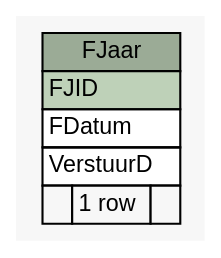
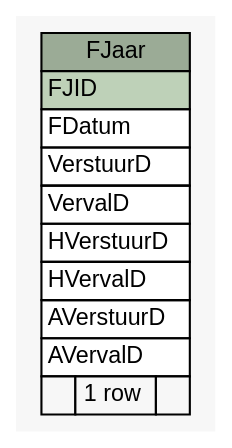
One commit to slspeek/ona-volkstuin changed the diagram in db-schema-docs/diagrams/summary/FJaar.1degree.dot. Above: the diagram before and after it, drawn with Graphviz. The commit also changed 239 other files, not shown here.

Commit message:
Schema geupdate

```diff
--- a/db-schema-docs/diagrams/summary/FJaar.1degree.dot
+++ b/db-schema-docs/diagrams/summary/FJaar.1degree.dot
@@ -1,32 +1,37 @@
 // dot 2.40.1 on Linux 4.19.0-6-amd64
 // SchemaSpy rev 590
 digraph "FJaar" {
   graph [
     rankdir="RL"
     bgcolor="#f7f7f7"
     nodesep="0.18"
     ranksep="0.46"
     fontname="Helvetica"
     fontsize="11"
   ];
   node [
     fontname="Helvetica"
     fontsize="11"
     shape="plaintext"
   ];
   edge [
     arrowsize="0.8"
   ];
   "FJaar" [
     label=<
     <TABLE BORDER="0" CELLBORDER="1" CELLSPACING="0" BGCOLOR="#ffffff">
       <TR><TD COLSPAN="3" BGCOLOR="#9bab96" ALIGN="CENTER">FJaar</TD></TR>
       <TR><TD PORT="FJID" COLSPAN="3" BGCOLOR="#bed1b8" ALIGN="LEFT">FJID</TD></TR>
       <TR><TD PORT="FDatum" COLSPAN="3" ALIGN="LEFT">FDatum</TD></TR>
       <TR><TD PORT="VerstuurD" COLSPAN="3" ALIGN="LEFT">VerstuurD</TD></TR>
+      <TR><TD PORT="VervalD" COLSPAN="3" ALIGN="LEFT">VervalD</TD></TR>
+      <TR><TD PORT="HVerstuurD" COLSPAN="3" ALIGN="LEFT">HVerstuurD</TD></TR>
+      <TR><TD PORT="HVervalD" COLSPAN="3" ALIGN="LEFT">HVervalD</TD></TR>
+      <TR><TD PORT="AVerstuurD" COLSPAN="3" ALIGN="LEFT">AVerstuurD</TD></TR>
+      <TR><TD PORT="AVervalD" COLSPAN="3" ALIGN="LEFT">AVervalD</TD></TR>
       <TR><TD ALIGN="LEFT" BGCOLOR="#f7f7f7">  </TD><TD ALIGN="RIGHT" BGCOLOR="#f7f7f7">1 row</TD><TD ALIGN="RIGHT" BGCOLOR="#f7f7f7">  </TD></TR>
     </TABLE>>
     URL="tables/FJaar.html"
     tooltip="FJaar"
   ];
 }
```
